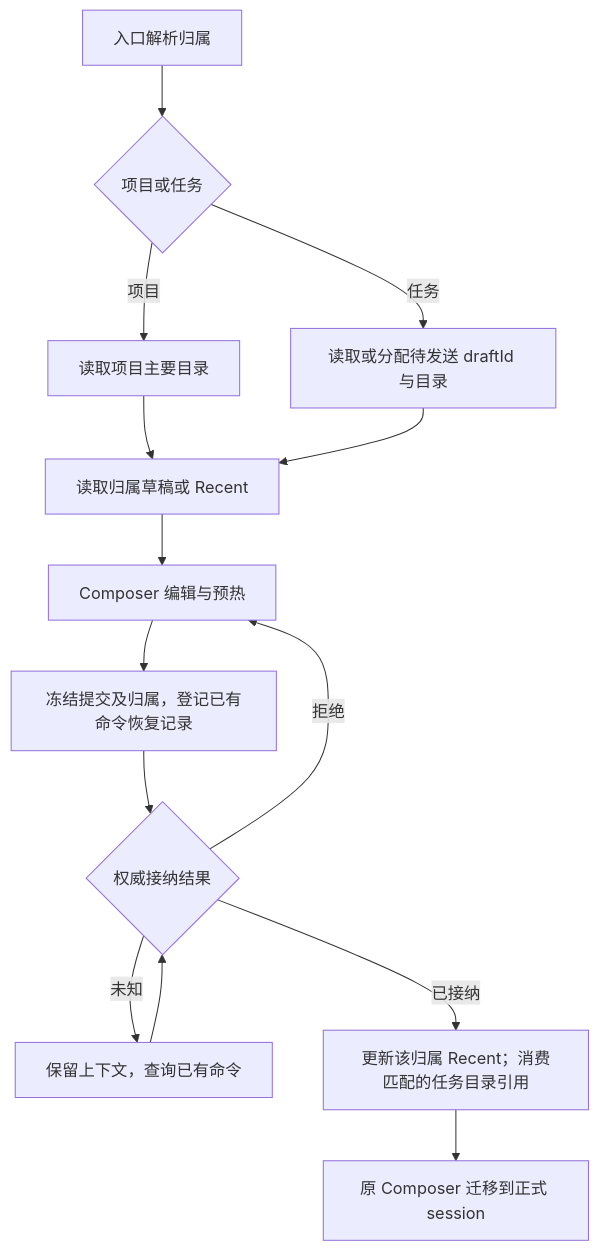
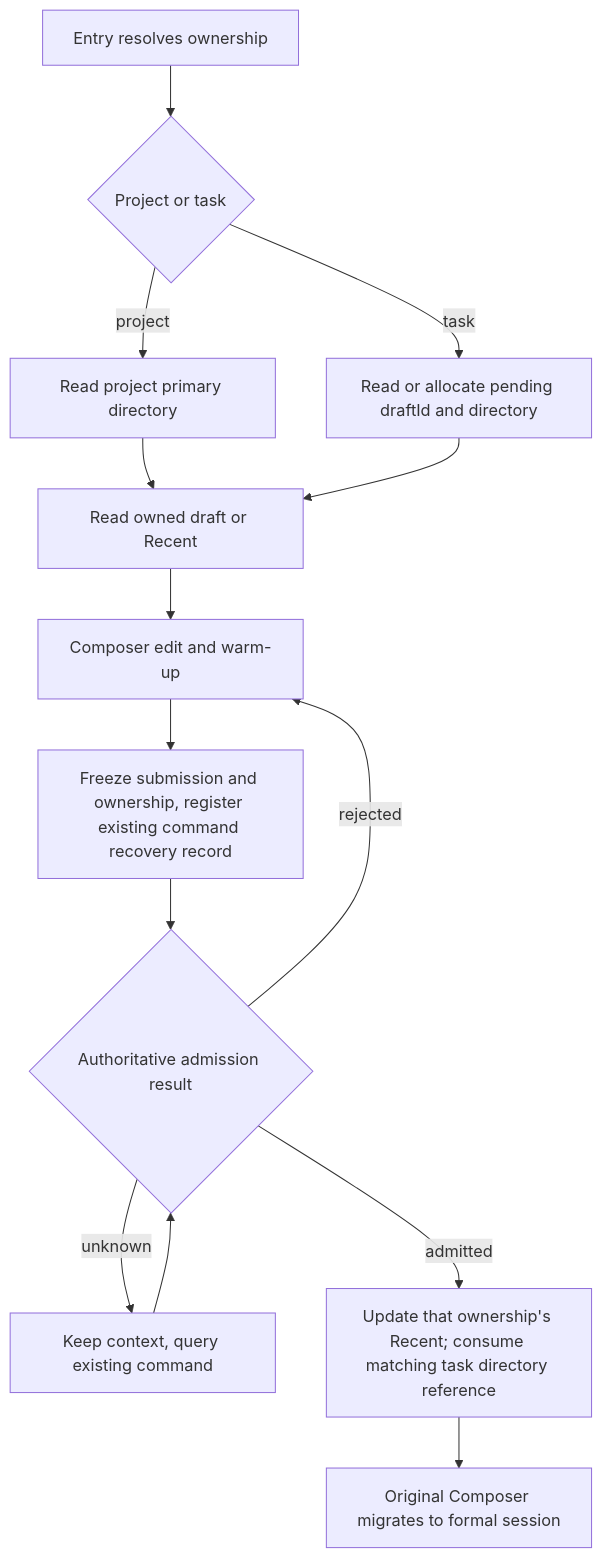
The diagram in docs/ui/project-task-draft-lifecycle.md (osben/ZCode), drawn with Mermaid before and after one commit. The commit also changed other lines of this file and 40 other files, not shown here.

````diff
--- a/docs/ui/project-task-draft-lifecycle.md
+++ b/docs/ui/project-task-draft-lifecycle.md
@@ -65,16 +82,16 @@
 ```mermaid
 flowchart TD
-    A[入口解析归属] --> B{项目或任务}
-    B -->|项目| C[读取项目主要目录]
-    B -->|任务| D[读取或分配待发送 draftId 与目录]
-    C --> E[读取归属草稿或 Recent]
+    A[Entry resolves ownership] --> B{Project or task}
+    B -->|project| C[Read project primary directory]
+    B -->|task| D[Read or allocate pending draftId and directory]
+    C --> E[Read owned draft or Recent]
     D --> E
-    E --> F[Composer 编辑与预热]
-    F --> G[冻结提交及归属，登记已有命令恢复记录]
-    G --> H{权威接纳结果}
-    H -->|拒绝| F
-    H -->|未知| I[保留上下文，查询已有命令]
+    E --> F[Composer edit and warm-up]
+    F --> G[Freeze submission and ownership, register existing command recovery record]
+    G --> H{Authoritative admission result}
+    H -->|rejected| F
+    H -->|unknown| I[Keep context, query existing command]
     I --> H
-    H -->|已接纳| J[更新该归属 Recent；消费匹配的任务目录引用]
-    J --> K[原 Composer 迁移到正式 session]
+    H -->|admitted| J[Update that ownership's Recent; consume matching task directory reference]
+    J --> K[Original Composer migrates to formal session]
 ```
````
